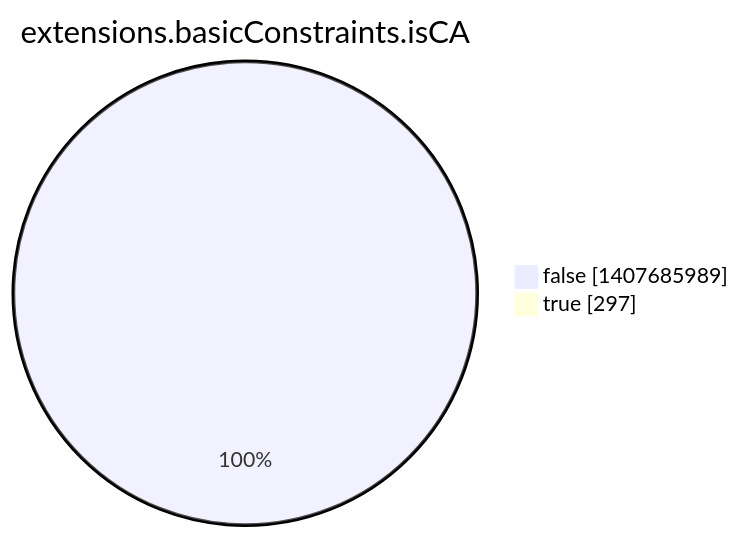
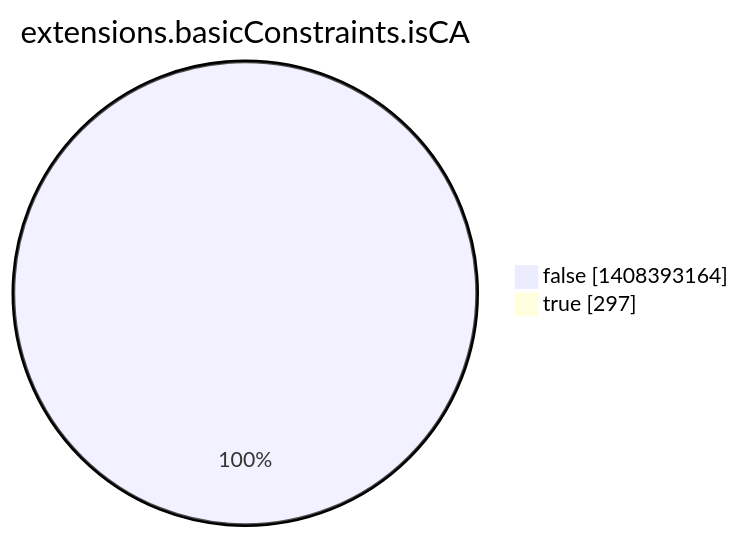
One commit to christiankrug/ctmonitor_visualization changed the eighth of 15 diagrams in argon2022/README.md. Above: the diagram before and after it, drawn with Mermaid. The commit also changed other lines of this file, not shown here.

````diff
--- a/argon2022/README.md
+++ b/argon2022/README.md
@@ -2760,6 +2760,6 @@
 ```mermaid
 pie showData
 title extensions.basicConstraints.isCA
-"false" :1407685989
+"false" :1408393164
 "true" :297
 ```
````
